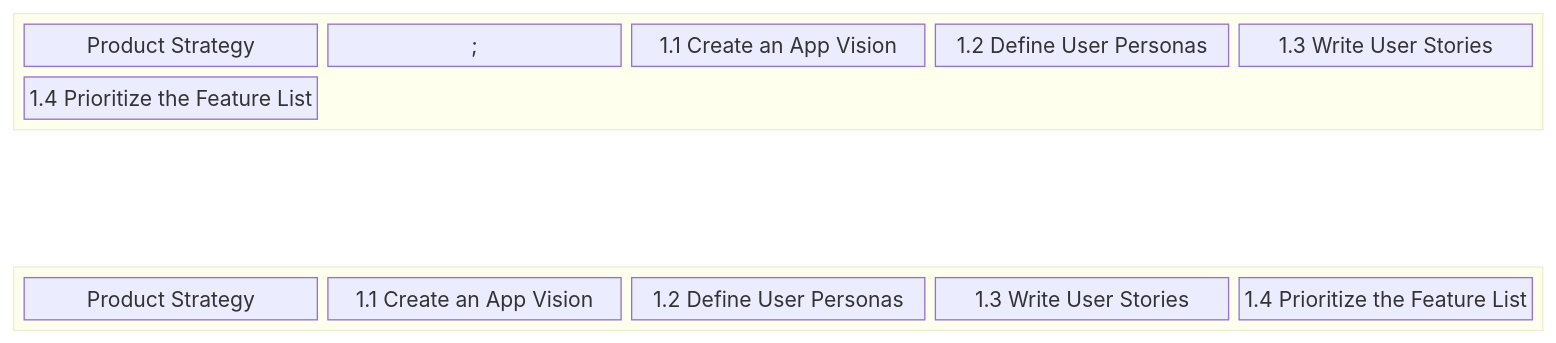
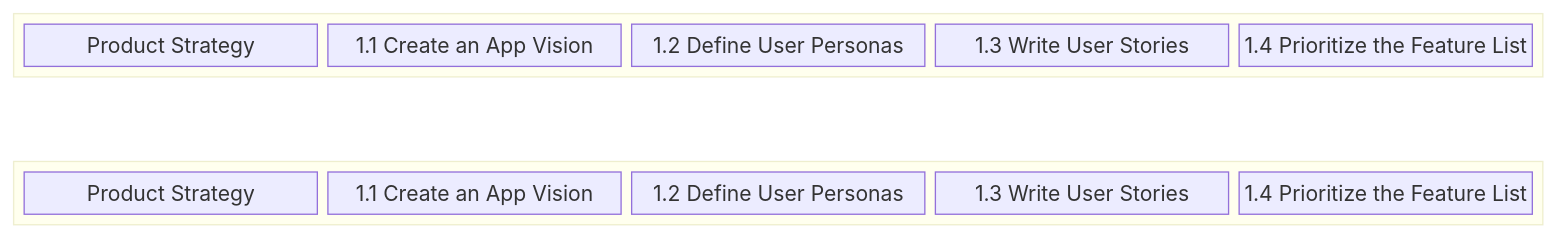
One commit to chingu-voyages/Handbook changed the diagram in docs/resources/techresources/uiux.md. Above: the diagram before and after it, drawn with Mermaid.

Commit message:
Feature: Add UI/UX Workflow diagram

````diff
--- a/docs/resources/techresources/uiux.md
+++ b/docs/resources/techresources/uiux.md
@@ -15,22 +15,22 @@
 ```mermaid
 block-beta
 columns 1
     block:STRATEGY
       columns 5
-      A["Product Strategy"];
-      B["1.1 Create an App Vision"];
-      C["1.2 Define User Personas"];
-      D["1.3 Write User Stories"];
-      E["1.4 Prioritize the Feature List"];
+      A["Product Strategy"]
+      B["1.1 Create an App Vision"]
+      C["1.2 Define User Personas"]
+      D["1.3 Write User Stories"]
+      E["1.4 Prioritize the Feature List"]
     end
     space
     block:STRUCTURE
       columns 5
-      G["Product Strategy"];
-      H["1.1 Create an App Vision"];
-      I["1.2 Define User Personas"];
-      J["1.3 Write User Stories"];
-      K["1.4 Prioritize the Feature List"];
+      G["Product Strategy"]
+      H["1.1 Create an App Vision"]
+      I["1.2 Define User Personas"]
+      J["1.3 Write User Stories"]
+      K["1.4 Prioritize the Feature List"]
     end
   space
 ```
````
